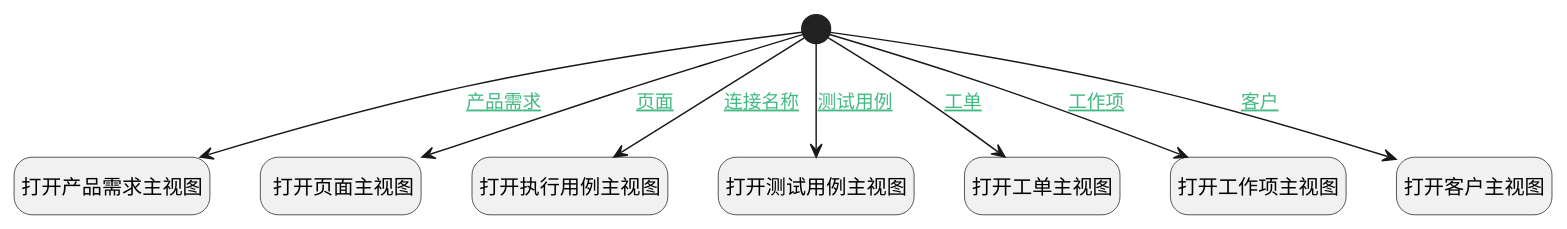
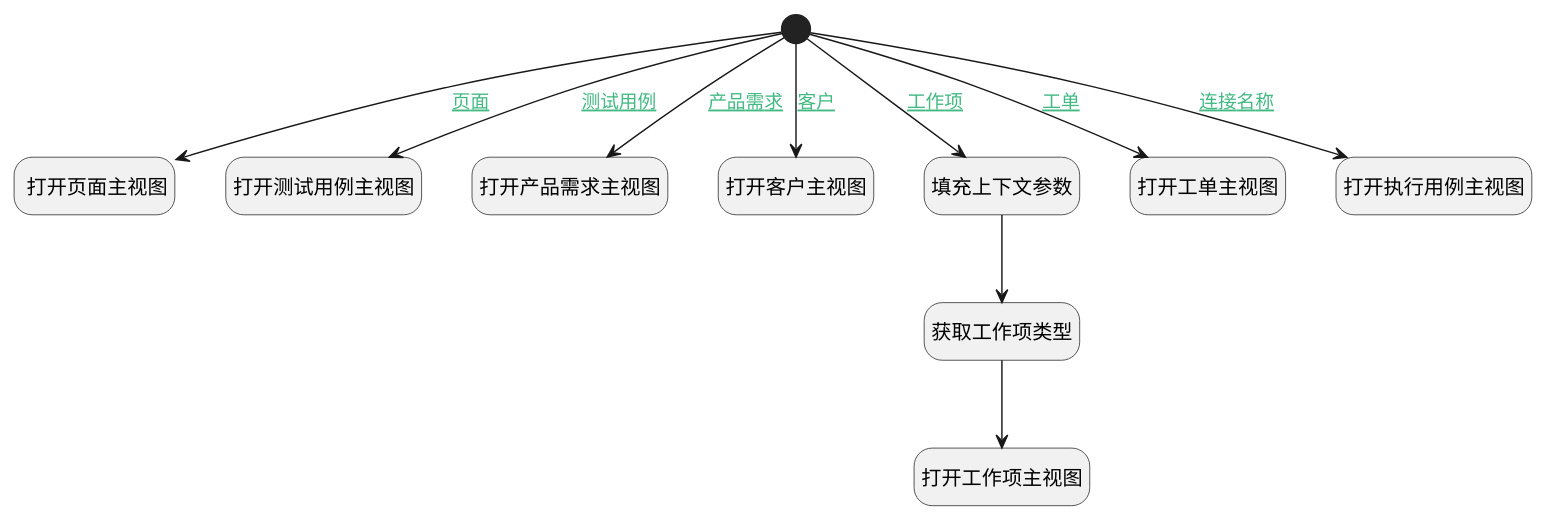
Before and after one commit to iBizLab/plm: the diagram in doc/docsify/module/Base/search_comment/uilogic/open_main_view.md, drawn with PlantUML. The commit also changed other lines of this file and 2688 other files, not shown here.

````diff
--- a/doc/docsify/module/Base/search_comment/uilogic/open_main_view.md
+++ b/doc/docsify/module/Base/search_comment/uilogic/open_main_view.md
@@ -7,31 +7,35 @@
 ```plantuml
 @startuml
 hide footbox
 <style>
 root {
   HyperlinkColor #42b983
 }
 </style>
 
 hide empty description
 state "开始" as Begin <<start>> [[$./open_main_view#begin {开始}]]
+state " 打开页面主视图" as DEUIACTION6  [[$./open_main_view#deuiaction6 { 打开页面主视图}]]
+state "打开工作项主视图" as DEUIACTION1  [[$./open_main_view#deuiaction1 {打开工作项主视图}]]
+state "打开测试用例主视图" as DEUIACTION2  [[$./open_main_view#deuiaction2 {打开测试用例主视图}]]
+state "获取工作项类型" as DEACTION1  [[$./open_main_view#deaction1 {获取工作项类型}]]
 state "打开产品需求主视图" as DEUIACTION3  [[$./open_main_view#deuiaction3 {打开产品需求主视图}]]
-state " 打开页面主视图" as DEUIACTION6  [[$./open_main_view#deuiaction6 { 打开页面主视图}]]
+state "打开客户主视图" as DEUIACTION5  [[$./open_main_view#deuiaction5 {打开客户主视图}]]
+state "填充上下文参数" as PREPAREJSPARAM1  [[$./open_main_view#preparejsparam1 {填充上下文参数}]]
+state "打开工单主视图" as DEUIACTION4  [[$./open_main_view#deuiaction4 {打开工单主视图}]]
 state "打开执行用例主视图" as DEUIACTION7  [[$./open_main_view#deuiaction7 {打开执行用例主视图}]]
-state "打开测试用例主视图" as DEUIACTION2  [[$./open_main_view#deuiaction2 {打开测试用例主视图}]]
-state "打开工单主视图" as DEUIACTION4  [[$./open_main_view#deuiaction4 {打开工单主视图}]]
-state "打开工作项主视图" as DEUIACTION1  [[$./open_main_view#deuiaction1 {打开工作项主视图}]]
-state "打开客户主视图" as DEUIACTION5  [[$./open_main_view#deuiaction5 {打开客户主视图}]]
 
 
-Begin --> DEUIACTION1 : [[$./open_main_view#begin-deuiaction1{工作项} 工作项]]
+Begin --> PREPAREJSPARAM1 : [[$./open_main_view#begin-preparejsparam1{工作项} 工作项]]
+PREPAREJSPARAM1 --> DEACTION1
+DEACTION1 --> DEUIACTION1
 Begin --> DEUIACTION2 : [[$./open_main_view#begin-deuiaction2{测试用例} 测试用例]]
 Begin --> DEUIACTION3 : [[$./open_main_view#begin-deuiaction3{产品需求} 产品需求]]
 Begin --> DEUIACTION4 : [[$./open_main_view#begin-deuiaction4{工单} 工单]]
 Begin --> DEUIACTION5 : [[$./open_main_view#begin-deuiaction5{客户} 客户]]
 Begin --> DEUIACTION6 : [[$./open_main_view#begin-deuiaction6{页面} 页面]]
 Begin --> DEUIACTION7 : [[$./open_main_view#begin-deuiaction7{连接名称} 连接名称]]
 
 
 @enduml
 ```
````
